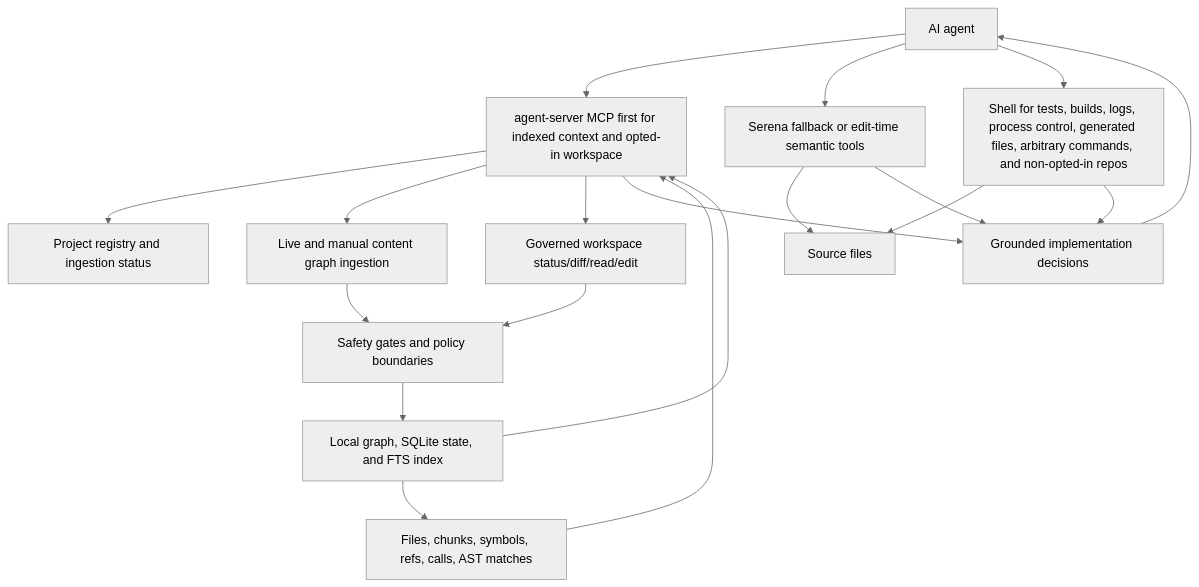
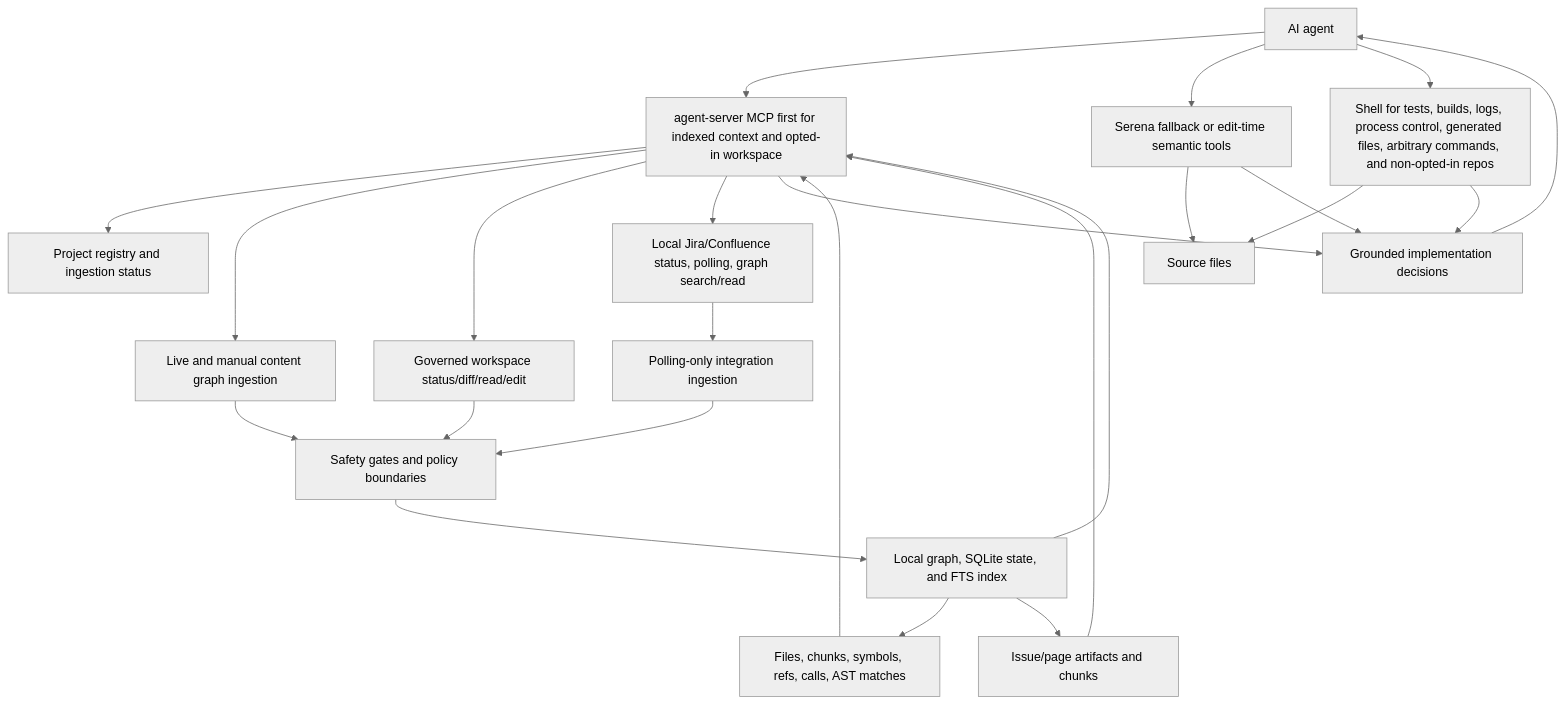
The third of 4 diagrams in README.md (MiviaLabs/go-mivia), drawn with Mermaid (neutral theme) before and after one commit. The commit also changed other lines of this file and 8 other files, not shown here.

Commit message:
docs(integration): document integration mcp tools

````diff
--- a/README.md
+++ b/README.md
@@ -148,34 +165,42 @@
 ```mermaid
 flowchart TB
   Agent["AI agent"]
   MCP["agent-server MCP first for indexed context and opted-in workspace"]
   Serena["Serena fallback or edit-time semantic tools"]
   Shell["Shell for tests, builds, logs, process control, generated files, arbitrary commands, and non-opted-in repos"]
   Source["Source files"]
   Workspace["Governed workspace status/diff/read/edit"]
+  Integrations["Local Jira/Confluence status, polling, graph search/read"]
   Indexed["Files, chunks, symbols, refs, calls, AST matches"]
+  IntegrationContext["Issue/page artifacts and chunks"]
   Registry["Project registry and ingestion status"]
   Ingestion["Live and manual content graph ingestion"]
+  Polling["Polling-only integration ingestion"]
   Store["Local graph, SQLite state, and FTS index"]
   Guardrails["Safety gates and policy boundaries"]
 
   Agent --> MCP
   MCP --> Registry
   MCP --> Ingestion
   MCP --> Workspace
+  MCP --> Integrations
   Ingestion --> Guardrails
+  Integrations --> Polling
+  Polling --> Guardrails
   Workspace --> Guardrails
   Guardrails --> Store
   Store --> Indexed
+  Store --> IntegrationContext
   Indexed --> MCP
+  IntegrationContext --> MCP
   Store --> MCP
   Agent --> Serena
   Serena --> Source
   Agent --> Shell
   Shell --> Source
 
   MCP --> Decision["Grounded implementation decisions"]
   Serena --> Decision
   Shell --> Decision
   Decision --> Agent
 ```
````
